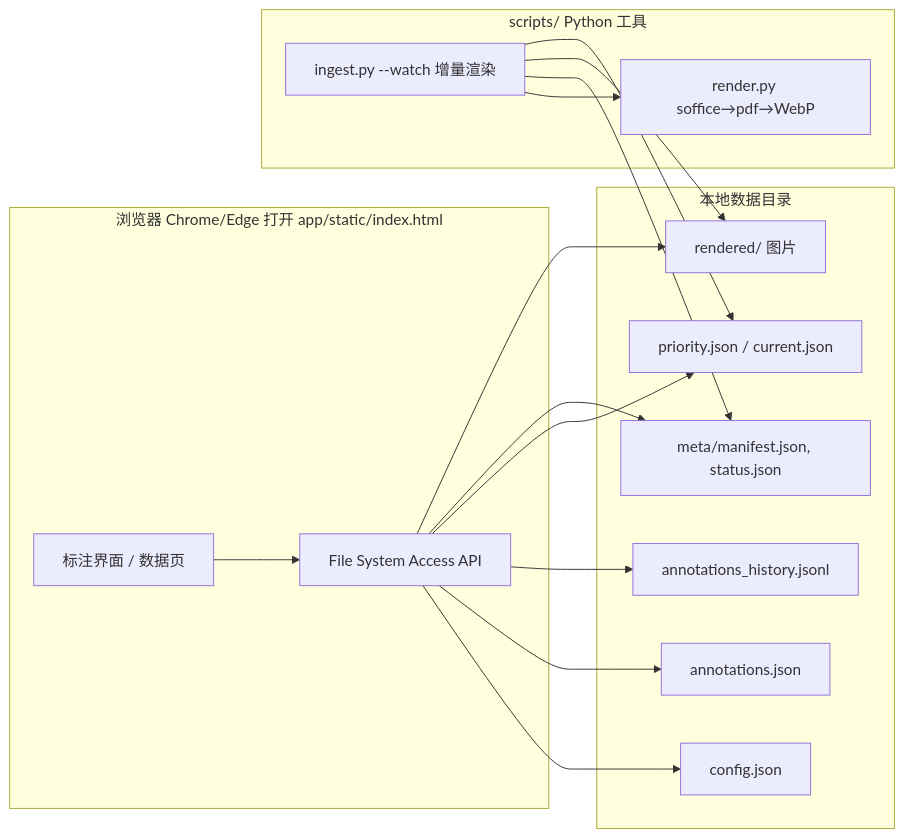
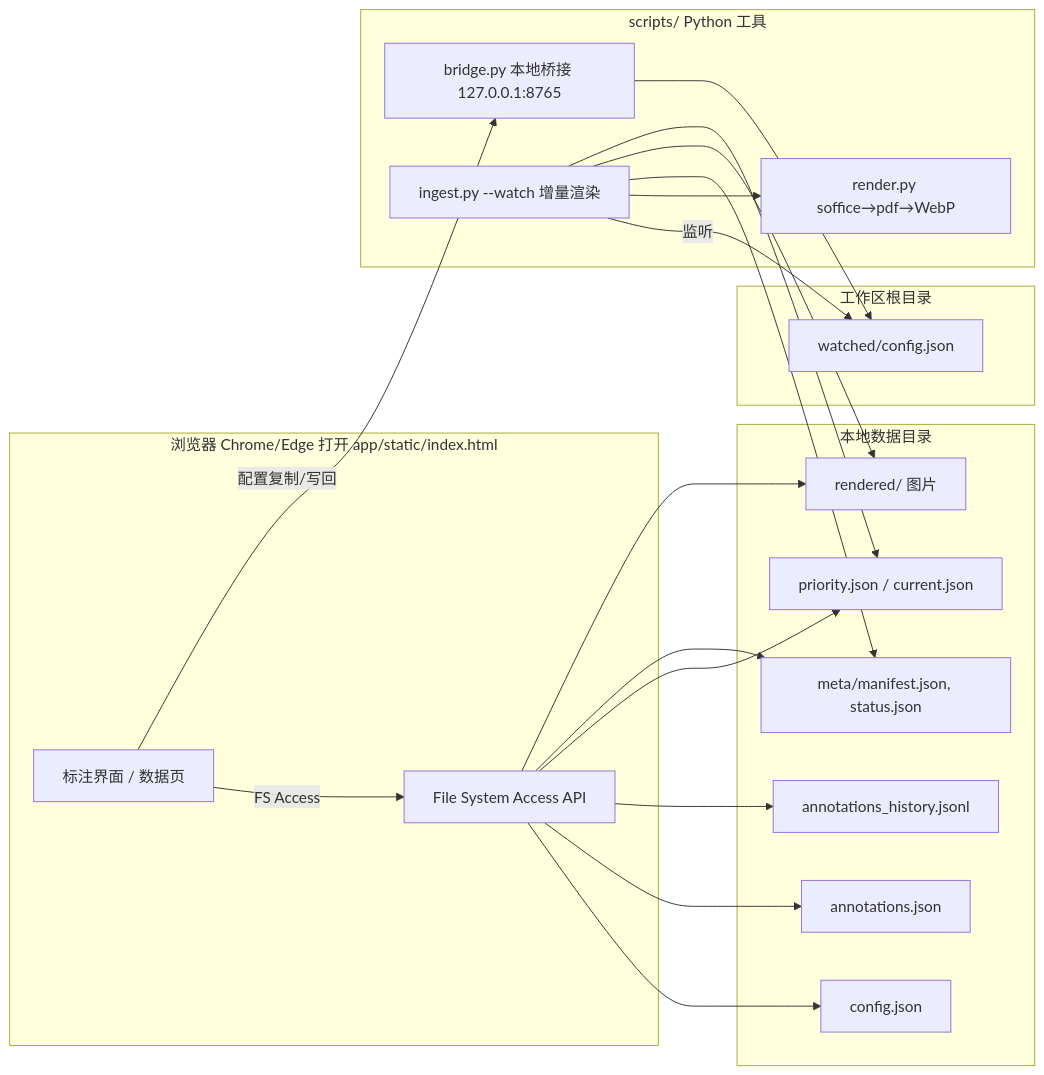
One commit to enginewwz/ppt-blind-annotator changed the diagram in README.md. Above: the diagram before and after it, drawn with Mermaid. The commit also changed other lines of this file, not shown here.

Commit message:
update: README.md

````diff
--- a/README.md
+++ b/README.md
@@ -21,30 +21,37 @@
 ```mermaid
 flowchart LR
     subgraph 浏览器[浏览器 Chrome/Edge 打开 app/static/index.html]
         UI[标注界面 / 数据页]
         FS[File System Access API]
+    end
+    subgraph 工作区[工作区根目录]
+        WCFG[watched/config.json]
+    end
+    subgraph scripts[scripts/ Python 工具]
+        BR[bridge.py 本地桥接 127.0.0.1:8765]
+        ING[ingest.py --watch 增量渲染]
+        REN[render.py soffice→pdf→WebP]
     end
     subgraph data[本地数据目录]
         CFG[config.json]
         ANNO[annotations.json]
         HIST[annotations_history.jsonl]
         CTL[priority.json / current.json]
         META[meta/manifest.json, status.json]
         RND[rendered/ 图片]
     end
-    subgraph 后端[scripts/ Python 工具]
-        ING[ingest.py --watch 增量渲染]
-        REN[render.py soffice→pdf→WebP]
-    end
-    UI --> FS
+    UI -->|FS Access| FS
     FS --> CFG
     FS --> ANNO
     FS --> HIST
     FS --> CTL
     FS --> META
     FS --> RND
+    UI -->|配置复制/写回| BR
+    BR --> WCFG
+    ING -->|监听| WCFG
     ING --> REN
     ING --> META
     ING --> RND
     ING --> CTL
 ```
````
